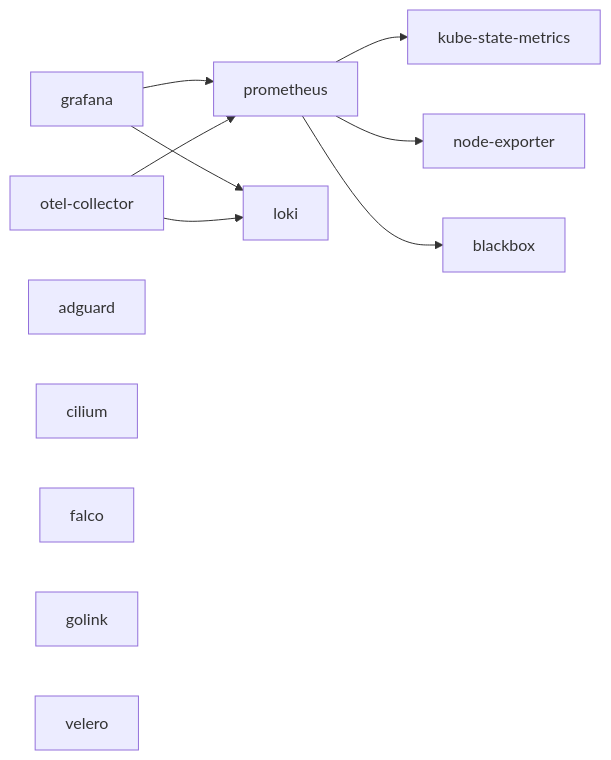
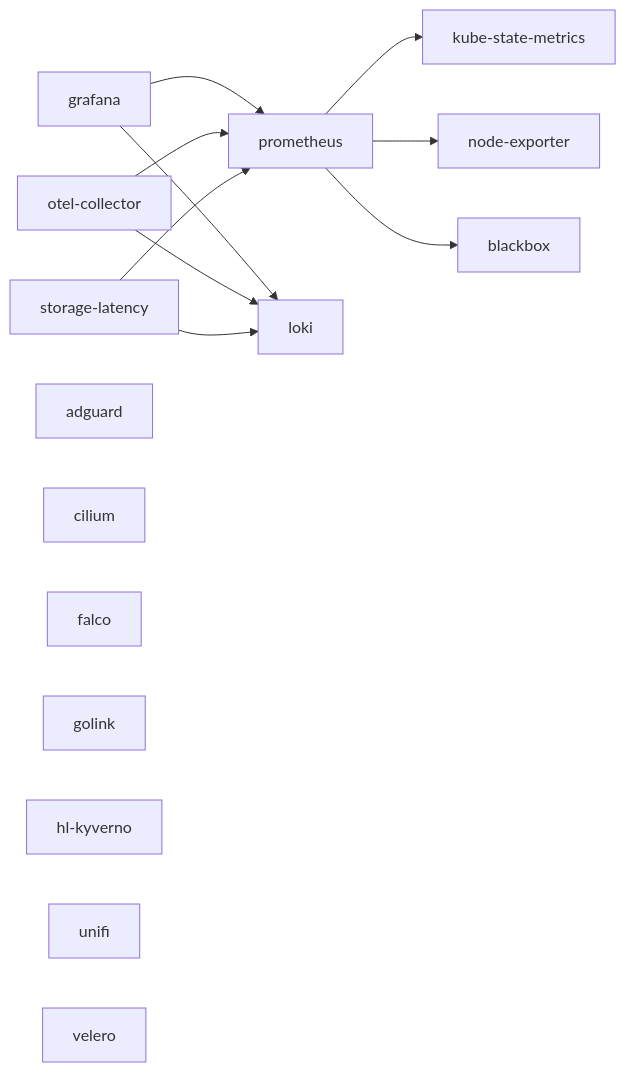
The diagram in docs/services/README.md (ariel-extending851/homelab), drawn with Mermaid before and after one commit. The commit also changed other lines of this file and 11 other files, not shown here.

````diff
--- a/docs/services/README.md
+++ b/docs/services/README.md
@@ -34,15 +36,19 @@
 ```mermaid
 graph LR
   grafana --> prometheus
   grafana --> loki
   otel-collector --> loki
   otel-collector --> prometheus
   prometheus --> kube-state-metrics
   prometheus --> node-exporter
   prometheus --> blackbox
+  storage-latency --> prometheus
+  storage-latency --> loki
   adguard
   cilium
   falco
   golink
+  hl-kyverno
+  unifi
   velero
 ```
````
